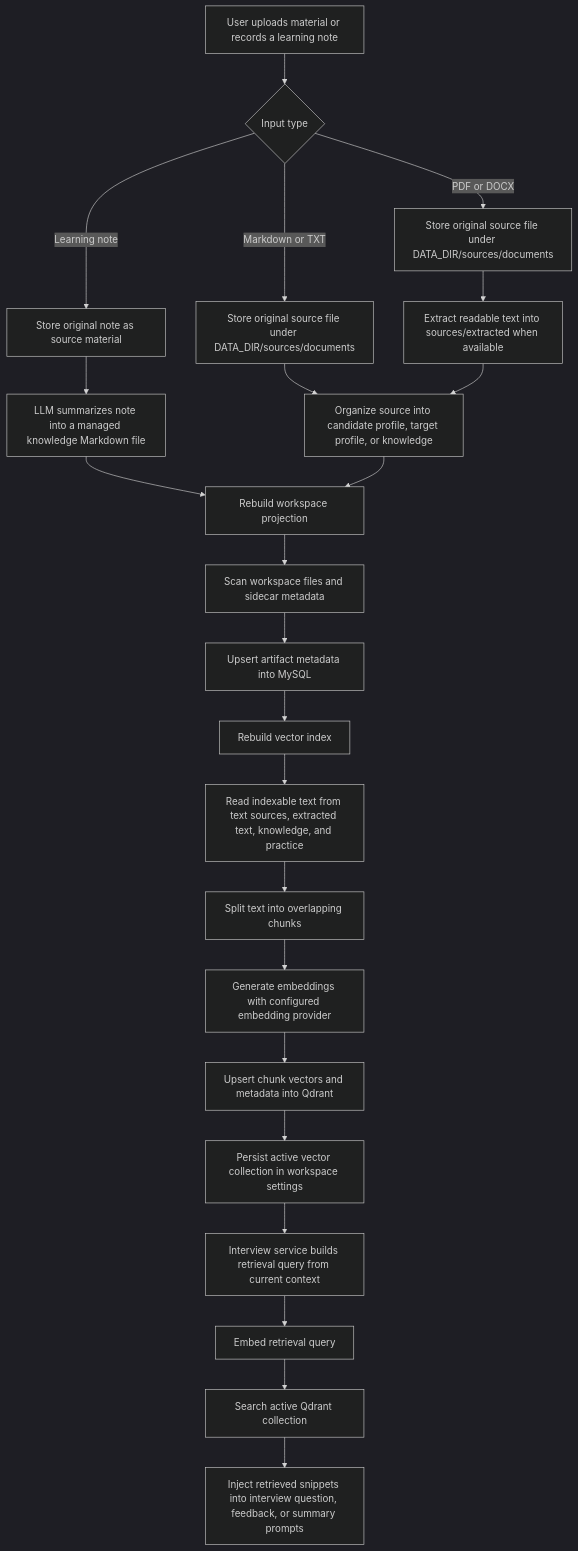
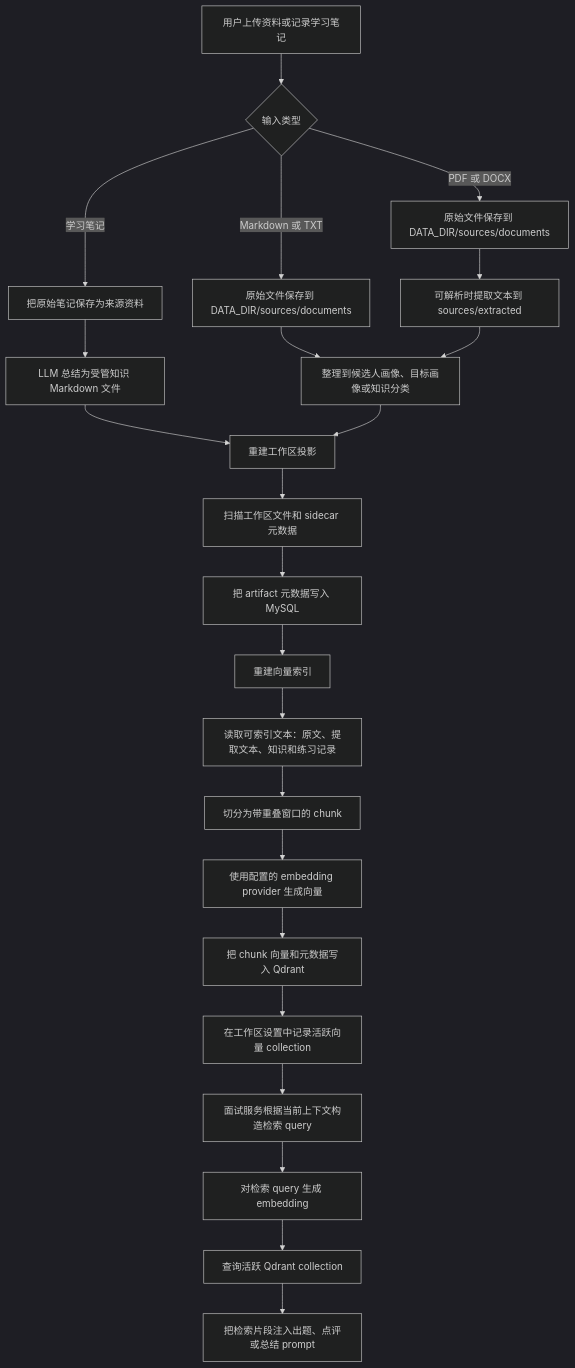
The diagram in docs/knowledge-data-flow.md (wxcfox/auto-reign), drawn with Mermaid (dark theme) before and after one commit. The commit also changed other lines of this file and 3 other files, not shown here.

````diff
--- a/docs/knowledge-data-flow.md
+++ b/docs/knowledge-data-flow.md
@@ -7,25 +5,25 @@
 ```mermaid
-graph TD
-  A["User uploads material or records a learning note"] --> B{"Input type"}
-  B -->|Markdown or TXT| C["Store original source file under DATA_DIR/sources/documents"]
-  B -->|PDF or DOCX| D["Store original source file under DATA_DIR/sources/documents"]
-  D --> E["Extract readable text into sources/extracted when available"]
-  B -->|Learning note| F["Store original note as source material"]
-  F --> G["LLM summarizes note into a managed knowledge Markdown file"]
-  C --> H["Organize source into candidate profile, target profile, or knowledge"]
+flowchart TD
+  A["用户上传资料或记录学习笔记"] --> B{"输入类型"}
+  B -->|Markdown 或 TXT| C["原始文件保存到 DATA_DIR/sources/documents"]
+  B -->|PDF 或 DOCX| D["原始文件保存到 DATA_DIR/sources/documents"]
+  D --> E["可解析时提取文本到 sources/extracted"]
+  B -->|学习笔记| F["把原始笔记保存为来源资料"]
+  F --> G["LLM 总结为受管知识 Markdown 文件"]
+  C --> H["整理到候选人画像、目标画像或知识分类"]
   E --> H
-  G --> I["Rebuild workspace projection"]
+  G --> I["重建工作区投影"]
   H --> I
-  I --> J["Scan workspace files and sidecar metadata"]
-  J --> K["Upsert artifact metadata into MySQL"]
-  K --> L["Rebuild vector index"]
-  L --> M["Read indexable text from text sources, extracted text, knowledge, and practice"]
-  M --> N["Split text into overlapping chunks"]
-  N --> O["Generate embeddings with configured embedding provider"]
-  O --> P["Upsert chunk vectors and metadata into Qdrant"]
-  P --> Q["Persist active vector collection in workspace settings"]
-  Q --> R["Interview service builds retrieval query from current context"]
-  R --> S["Embed retrieval query"]
-  S --> T["Search active Qdrant collection"]
-  T --> U["Inject retrieved snippets into interview question, feedback, or summary prompts"]
+  I --> J["扫描工作区文件和 sidecar 元数据"]
+  J --> K["把 artifact 元数据写入 MySQL"]
+  K --> L["重建向量索引"]
+  L --> M["读取可索引文本：原文、提取文本、知识和练习记录"]
+  M --> N["切分为带重叠窗口的 chunk"]
+  N --> O["使用配置的 embedding provider 生成向量"]
+  O --> P["把 chunk 向量和元数据写入 Qdrant"]
+  P --> Q["在工作区设置中记录活跃向量 collection"]
+  Q --> R["面试服务根据当前上下文构造检索 query"]
+  R --> S["对检索 query 生成 embedding"]
+  S --> T["查询活跃 Qdrant collection"]
+  T --> U["把检索片段注入出题、点评或总结 prompt"]
 ```
````
